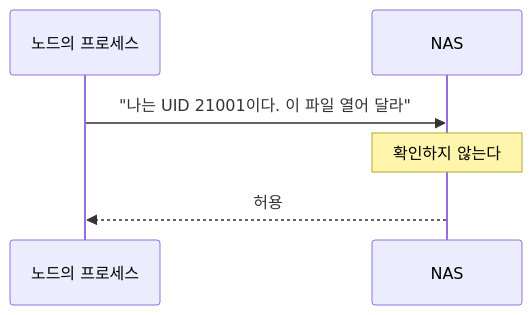
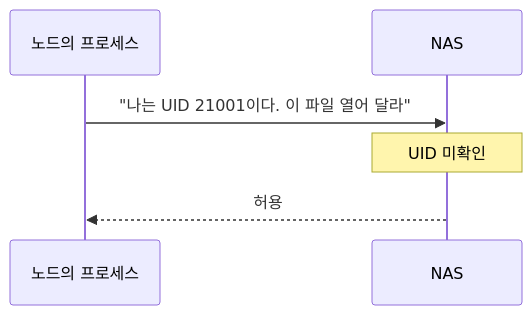
The first of 12 diagrams in md/infra/design/Kerberos-AD-Samba.md (CSID-DGU/admin_wiki), drawn with Mermaid before and after one commit. The commit also changed other lines of this file, not shown here.

````diff
--- a/md/infra/design/Kerberos-AD-Samba.md
+++ b/md/infra/design/Kerberos-AD-Samba.md
@@ -41,9 +41,9 @@
 ```mermaid
 sequenceDiagram
     participant P as 노드의 프로세스
     participant NAS as NAS
 
     P->>NAS: "나는 UID 21001이다. 이 파일 열어 달라"
-    Note over NAS: 확인하지 않는다
+    Note over NAS: UID 미확인
     NAS-->>P: 허용
 ```
````
